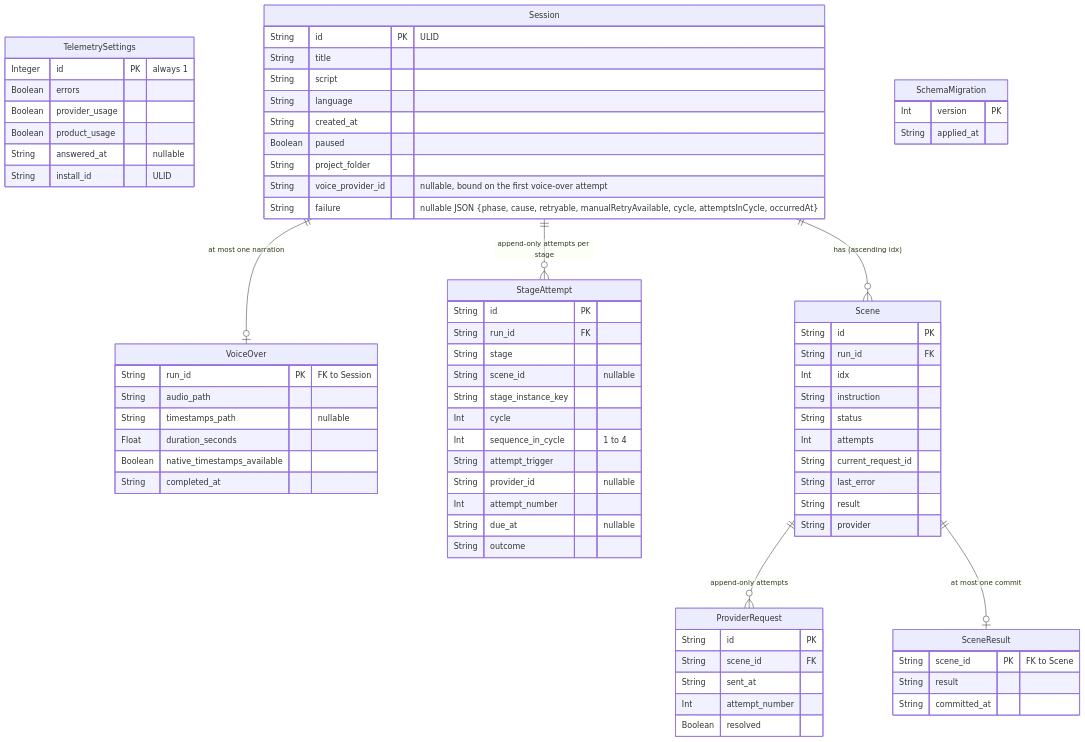
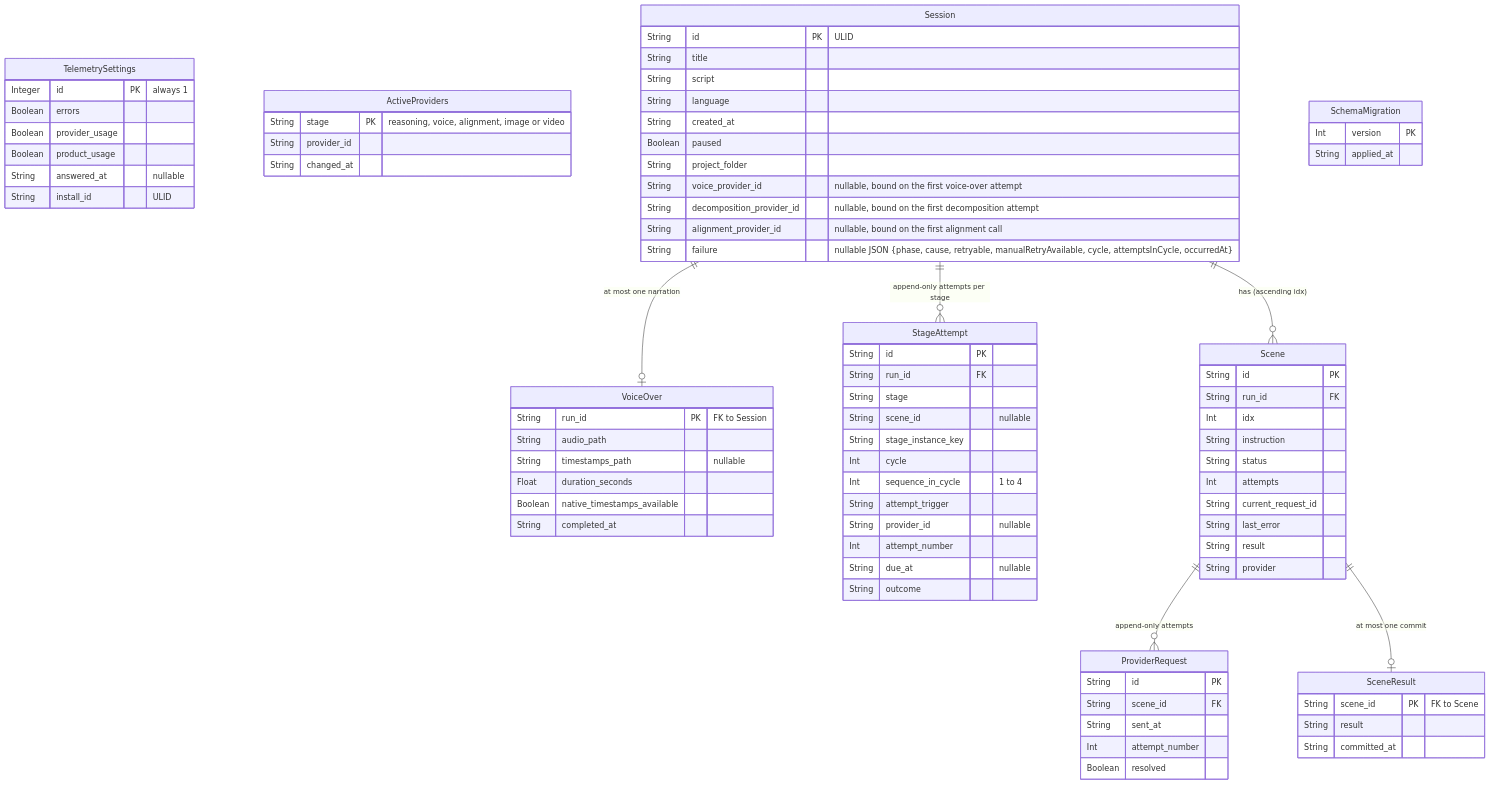
One commit to TonyMElguezabal/AI4Devs-finalproject changed the diagram in docs/data-model.md. Above: the diagram before and after it, drawn with Mermaid. The commit also changed other lines of this file and 7 other files, not shown here.

```diff
--- a/docs/data-model.md
+++ b/docs/data-model.md
@@ -249,6 +262,11 @@
         String answered_at "nullable"
         String install_id "ULID"
     }
+    ActiveProviders {
+        String stage PK "reasoning, voice, alignment, image or video"
+        String provider_id
+        String changed_at
+    }
     Session {
         String id PK "ULID"
         String title
@@ -258,6 +276,8 @@
         Boolean paused
         String project_folder
         String voice_provider_id "nullable, bound on the first voice-over attempt"
+        String decomposition_provider_id "nullable, bound on the first decomposition attempt"
+        String alignment_provider_id "nullable, bound on the first alignment call"
         String failure "nullable JSON {phase, cause, retryable, manualRetryAvailable, cycle, attemptsInCycle, occurredAt}"
     }
     VoiceOver {
```
